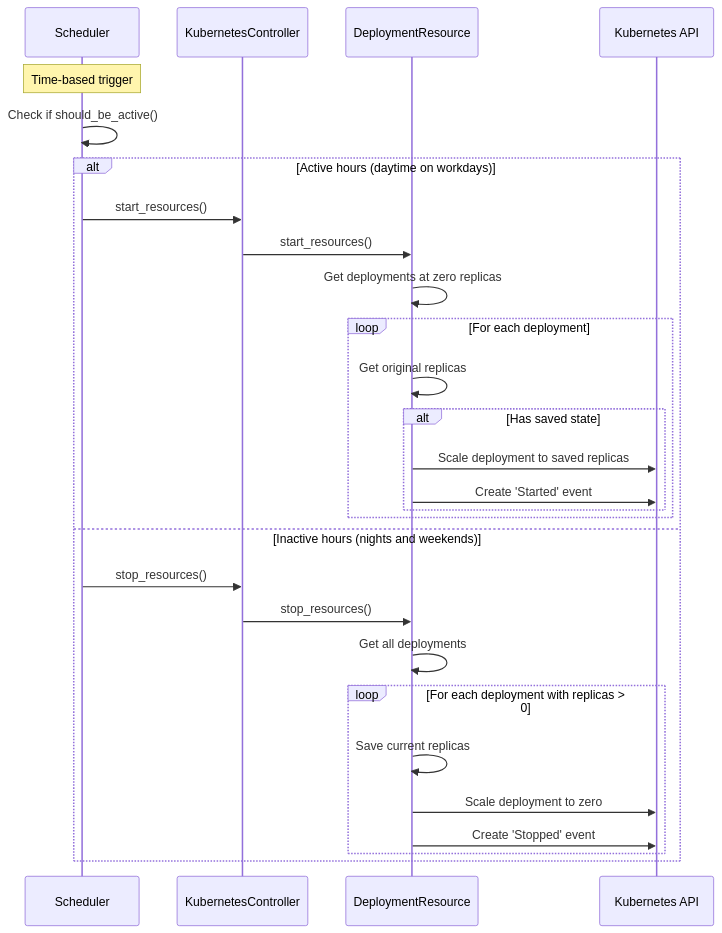
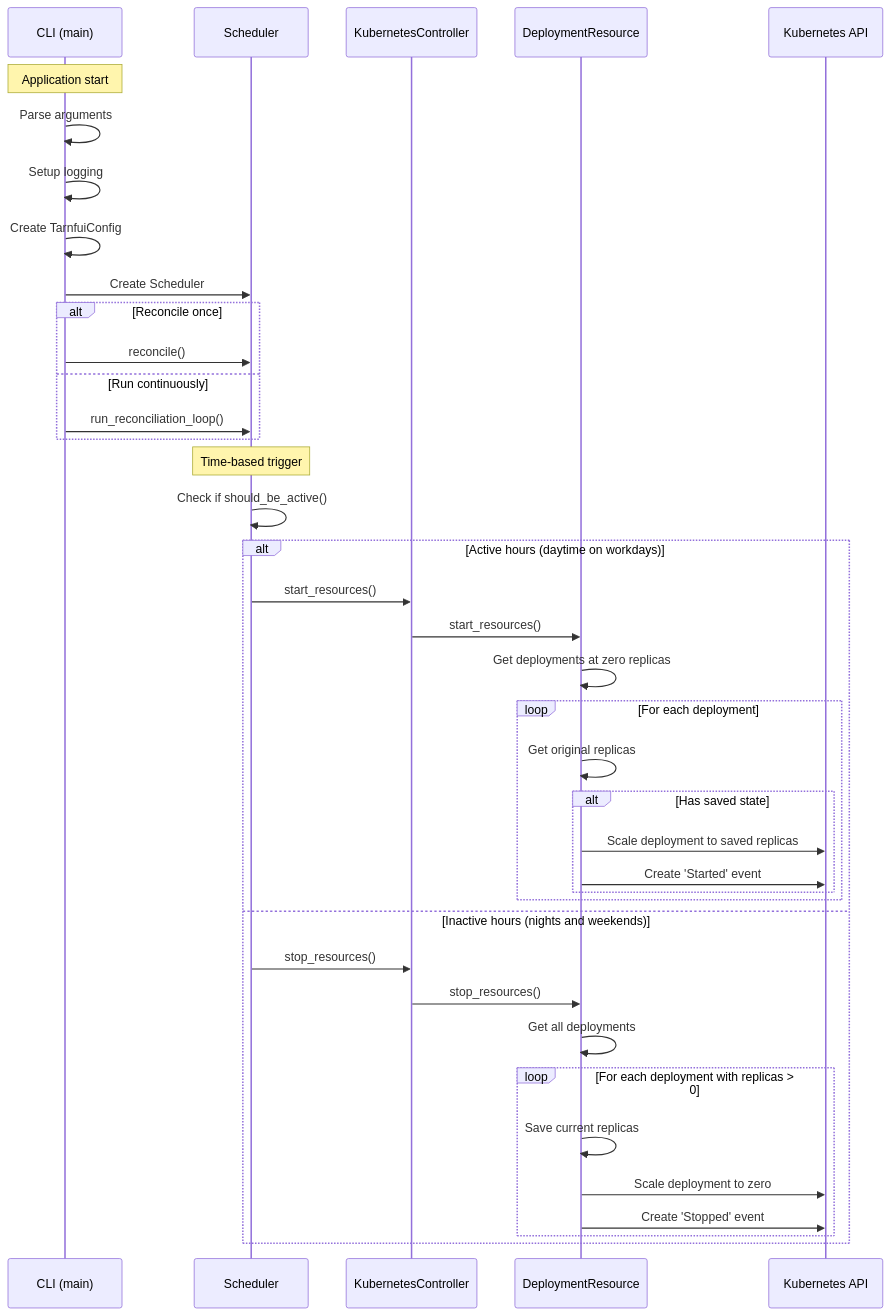
The first of 2 diagrams in README.md (demikl/Tarnfui), drawn with Mermaid before and after one commit. The commit also changed other lines of this file, not shown here.

Commit message:
Enhance README with detailed sequence and class diagrams for CLI and Scheduler interactions

````diff
--- a/README.md
+++ b/README.md
@@ -31,32 +31,45 @@
 ```mermaid
 sequenceDiagram
+    participant CLI as CLI (main)
     participant S as Scheduler
     participant K as KubernetesController
     participant R as DeploymentResource
     participant A as Kubernetes API
 
+    Note over CLI: Application start
+    CLI->>CLI: Parse arguments
+    CLI->>CLI: Setup logging
+    CLI->>CLI: Create TarnfuiConfig
+    CLI->>S: Create Scheduler
+    
+    alt Reconcile once
+        CLI->>S: reconcile()
+    else Run continuously
+        CLI->>S: run_reconciliation_loop()
+    end
+    
     Note over S: Time-based trigger
     S->>S: Check if should_be_active()
     
     alt Active hours (daytime on workdays)
         S->>K: start_resources()
         K->>R: start_resources()
         R->>R: Get deployments at zero replicas
         loop For each deployment
             R->>R: Get original replicas
             alt Has saved state
                 R->>A: Scale deployment to saved replicas
                 R->>A: Create 'Started' event
             end
         end
     else Inactive hours (nights and weekends)
         S->>K: stop_resources()
         K->>R: stop_resources()
         R->>R: Get all deployments
         loop For each deployment with replicas > 0
             R->>R: Save current replicas
             R->>A: Scale deployment to zero
             R->>A: Create 'Stopped' event
         end
     end
 ```
````
